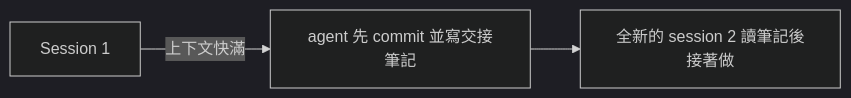
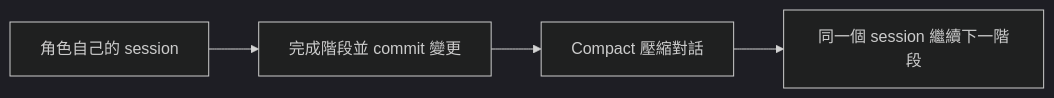
One commit to AquilaWei/harnessboard changed the second of 2 diagrams in README.zh-TW.md. Above: the diagram before and after it, drawn with Mermaid (dark theme). The commit also changed other lines of this file and 44 other files, not shown here.

````diff
--- a/README.zh-TW.md
+++ b/README.zh-TW.md
@@ -164,5 +165,6 @@
 ```mermaid
 flowchart LR
-  S1[Session 1] -- 上下文快滿 --> H[agent 先 commit 並寫交接筆記]
-  H --> S2[全新的 session 2 讀筆記後接著做]
+  S1[角色自己的 session] --> H[完成階段並 commit 變更]
+  H --> C[Compact 壓縮對話]
+  C --> S2[同一個 session 繼續下一階段]
 ```
````
